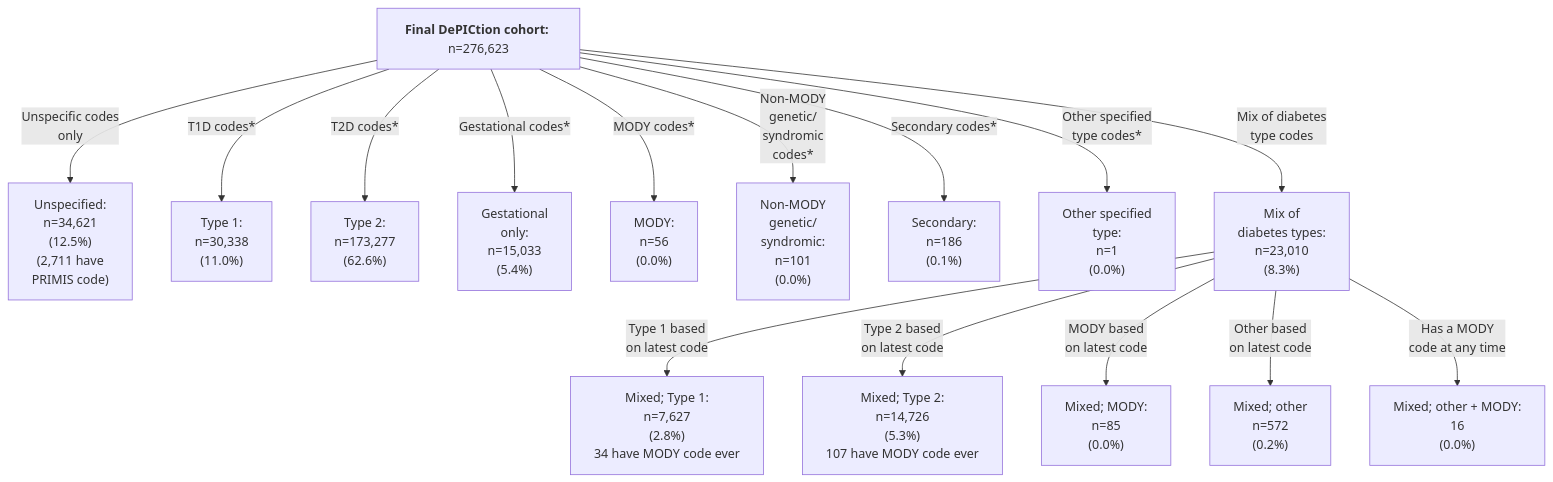
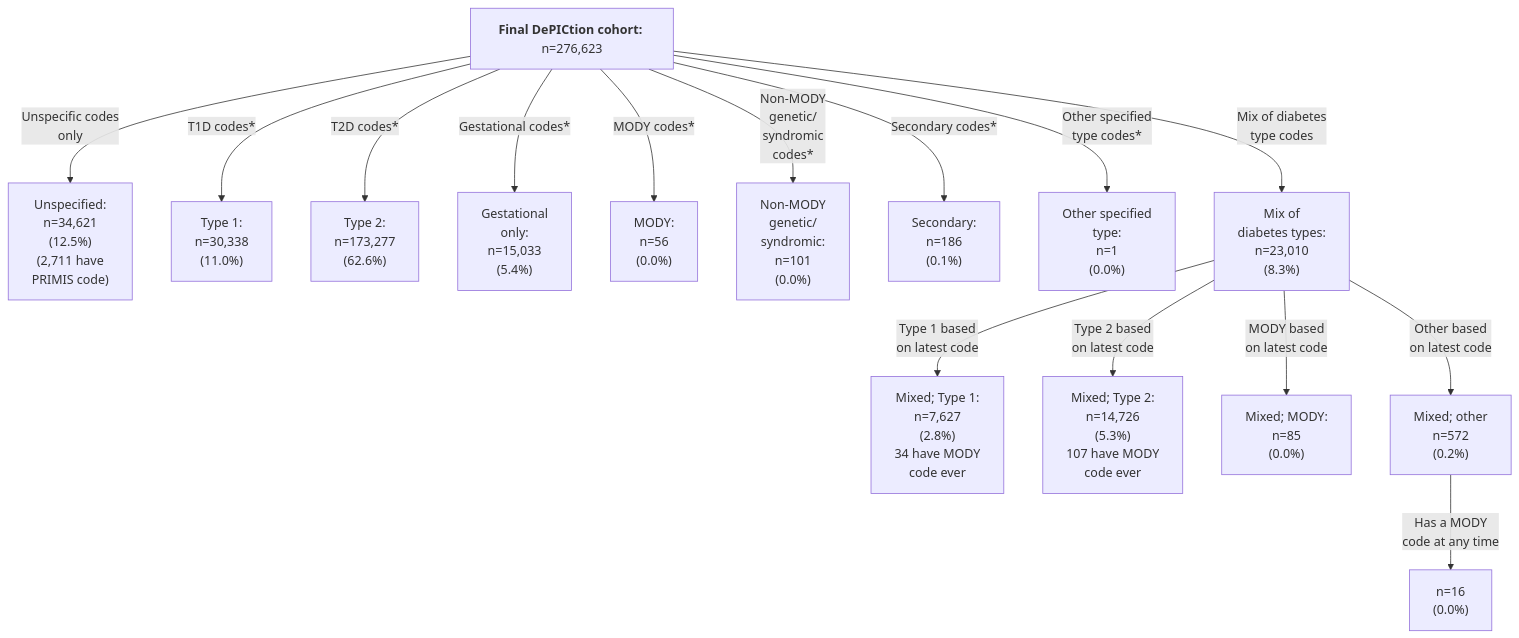
The second of 4 diagrams in README.md (Exeter-Diabetes/CPRD-Katie-DePICtion-Scripts), drawn with Mermaid before and after one commit.

````diff
--- a/README.md
+++ b/README.md
@@ -49,17 +49,17 @@
 ```mermaid
 graph TD;
     G["<b>Final DePICtion cohort:</b> n=276,623"] --> |"Unspecific codes<br>only"| H["Unspecified: <br>n=34,621<br>(12.5%)<br>(2,711 have<br>PRIMIS code)"]
     G --> |"T1D codes*"| I["Type 1: <br>n=30,338<br>(11.0%)"]
     G --> |"T2D codes*"| J["Type 2: <br>n=173,277<br>(62.6%)"]
     G --> |"Gestational codes*"| K["Gestational <br>only: <br>n=15,033<br>(5.4%)"]
     G --> |"MODY codes*"| L["MODY: <br>n=56<br>(0.0%)"]
     G --> |"Non-MODY <br>genetic/<br>syndromic <br>codes*"| M["Non-MODY <br>genetic/<br>syndromic: <br>n=101<br>(0.0%)"]
     G --> |"Secondary codes*"| N["Secondary: <br>n=186<br>(0.1%)"]
     G --> |"Other specified<br>type codes*"| P["Other specified<br>type: <br>n=1<br>(0.0%)"]  
     G --> |"Mix of diabetes<br>type codes"| Q["Mix of<br>diabetes types: <br>n=23,010<br>(8.3%)"]
-    Q --> |"Type 1 based<br>on latest code"| R["Mixed; Type 1: <br>n=7,627<br>(2.8%)<br>34 have MODY code ever"]
-    Q --> |"Type 2 based<br>on latest code"| S["Mixed; Type 2: <br>n=14,726<br>(5.3%)<br>107 have MODY code ever"]
+    Q --> |"Type 1 based<br>on latest code"| R["Mixed; Type 1: <br>n=7,627<br>(2.8%)<br>34 have MODY<br>code ever"]
+    Q --> |"Type 2 based<br>on latest code"| S["Mixed; Type 2: <br>n=14,726<br>(5.3%)<br>107 have MODY<br>code ever"]
     Q --> |"MODY based<br>on latest code"| T["Mixed; MODY: <br>n=85<br>(0.0%)"]
     Q --> |"Other based<br>on latest code"| U["Mixed; other<br>n=572<br>(0.2%)"]
-    Q --> |"Has a MODY<br>code at any time"|V["Mixed; other + MODY: <br>16<br>(0.0%)"]
+    U --> |"Has a MODY<br>code at any time"|V["n=16<br>(0.0%)"]
 ```
````
